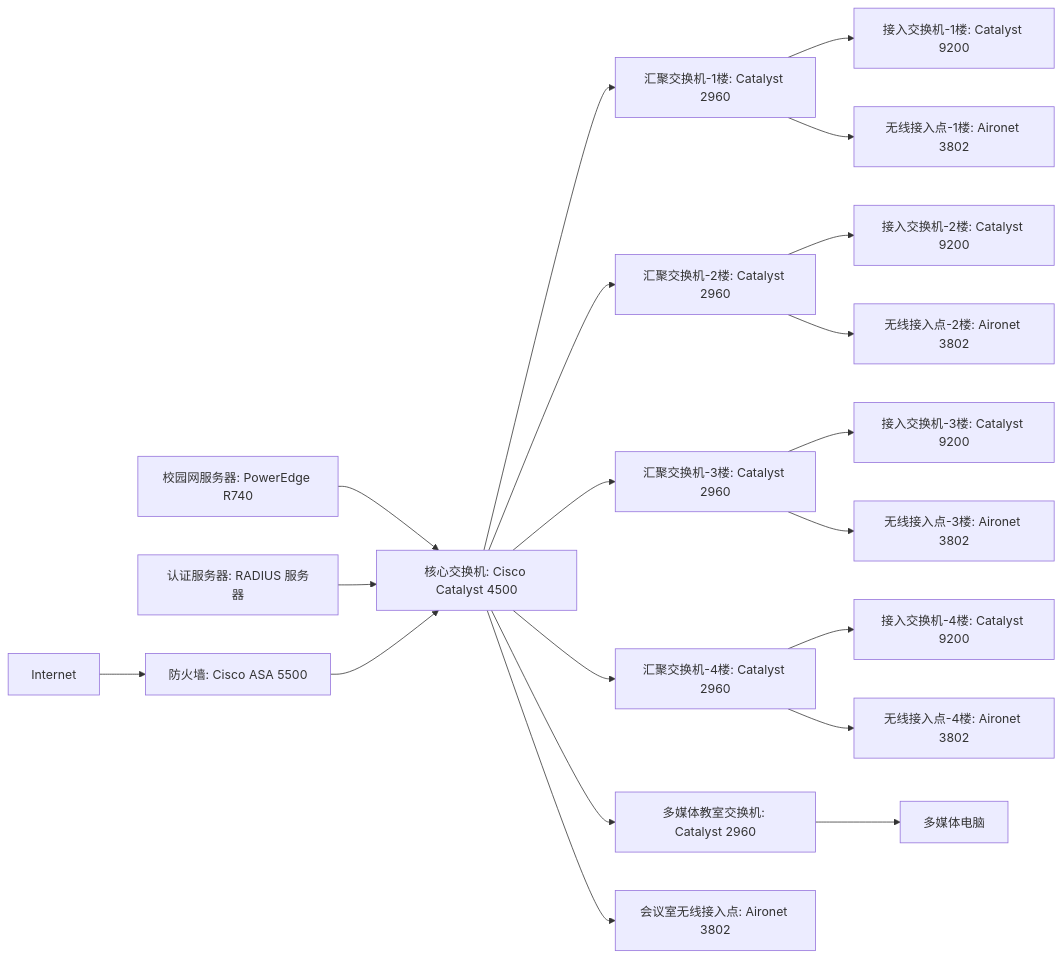
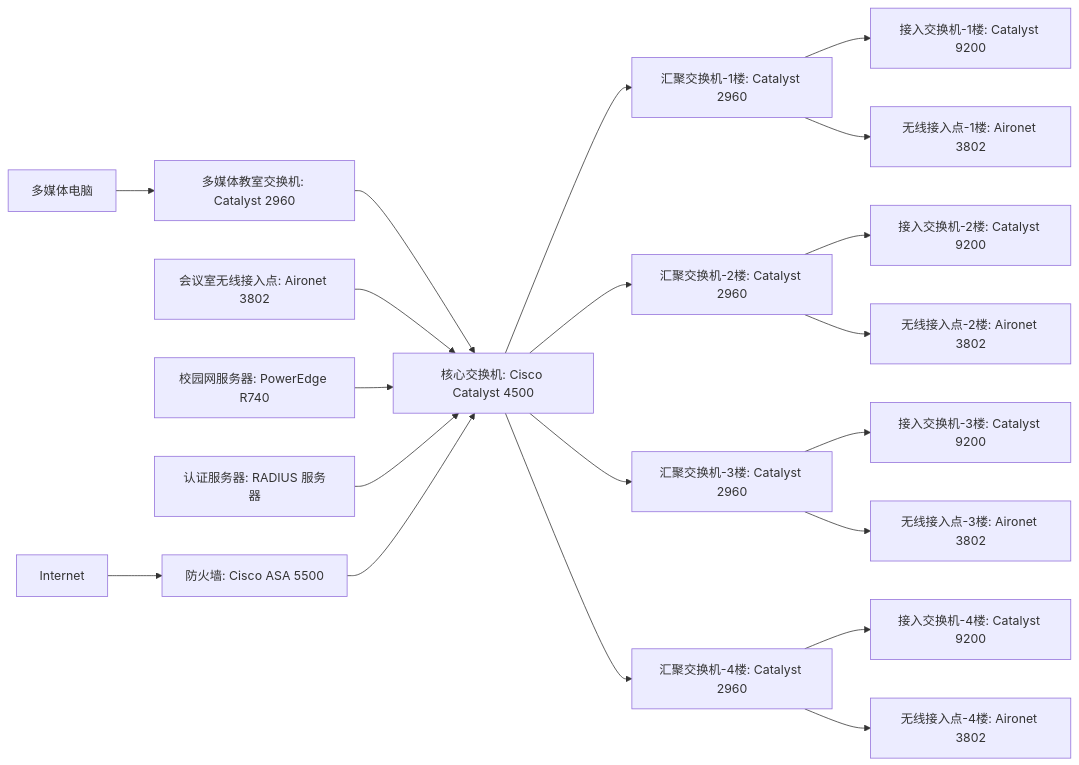
Before and after one commit to OWALabuy/MyCodeFucksMe: the diagram in 作业/计网/网络设计.md, drawn with Mermaid. The commit also changed other lines of this file and 1 other file, not shown here.

```diff
--- a/作业/计网/网络设计.md
+++ b/作业/计网/网络设计.md
@@ -35,35 +54,35 @@
 <pre class="mermaid">
 graph LR
     CORE[核心交换机: Cisco Catalyst 4500] --> FLOOR1[汇聚交换机-1楼: Catalyst 2960]
     CORE --> FLOOR2[汇聚交换机-2楼: Catalyst 2960]
     CORE --> FLOOR3[汇聚交换机-3楼: Catalyst 2960]
     CORE --> FLOOR4[汇聚交换机-4楼: Catalyst 2960]
-    CORE --> MEDIA[多媒体教室交换机: Catalyst 2960]
+    MEDIA[多媒体教室交换机: Catalyst 2960] --> CORE
 
     FLOOR1 --> ACCESS1[接入交换机-1楼: Catalyst 9200]
     FLOOR2 --> ACCESS2[接入交换机-2楼: Catalyst 9200]
     FLOOR3 --> ACCESS3[接入交换机-3楼: Catalyst 9200]
     FLOOR4 --> ACCESS4[接入交换机-4楼: Catalyst 9200]
-    MEDIA --> COMP[多媒体电脑]
+    COMP[多媒体电脑] --> MEDIA
     
     FLOOR1 --> WIFI1[无线接入点-1楼: Aironet 3802]
     FLOOR2 --> WIFI2[无线接入点-2楼: Aironet 3802]
     FLOOR3 --> WIFI3[无线接入点-3楼: Aironet 3802]
     FLOOR4 --> WIFI4[无线接入点-4楼: Aironet 3802]
-    CORE --> WIFI_L[会议室无线接入点: Aironet 3802]
+    WIFI_L[会议室无线接入点: Aironet 3802] --> CORE
 
     %%CORE --> CAMPUS[校园网服务器: PowerEdge R740]
     %%CORE --> AUTH[认证服务器: RADIUS 服务器]
     CAMPUS[校园网服务器: PowerEdge R740]
     AUTH[认证服务器: RADIUS 服务器]
     CAMPUS --> CORE
     AUTH --> CORE
 
     %%CORE --> FW[防火墙: Cisco ASA 5500]
     %%FW --> INTERNET[Internet]
     FW[防火墙: Cisco ASA 5500]
     INTERNET[Internet]
 
     INTERNET --> FW
     FW --> CORE
 </pre>
```
